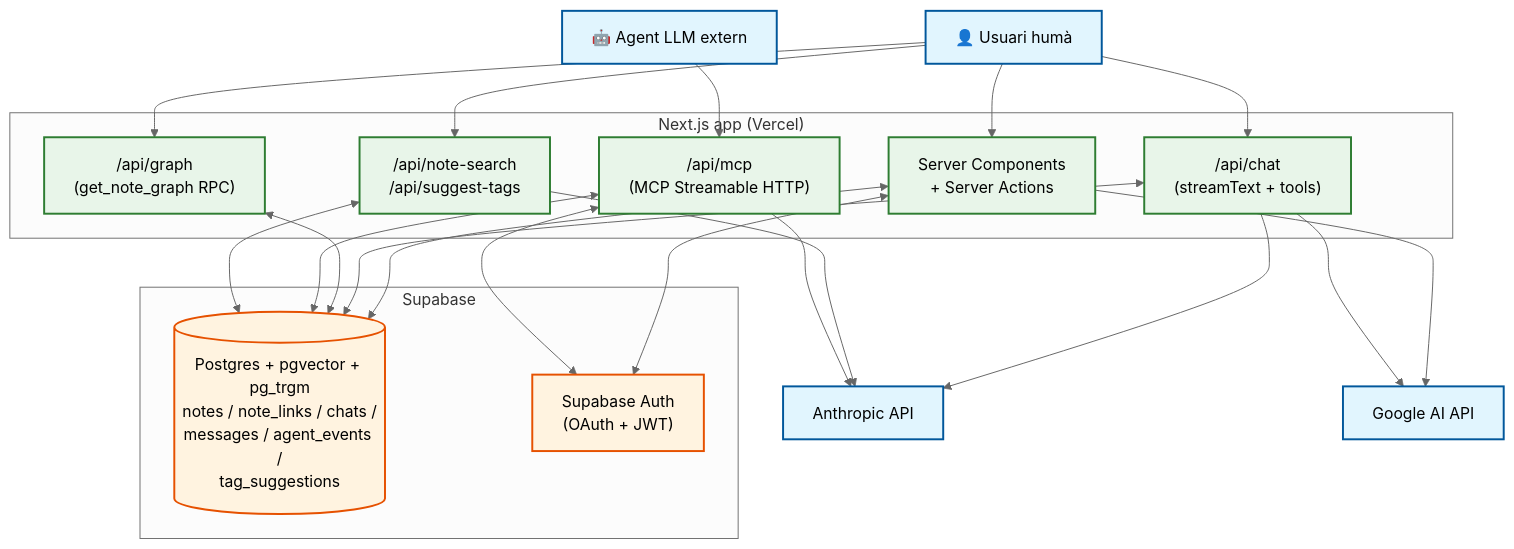
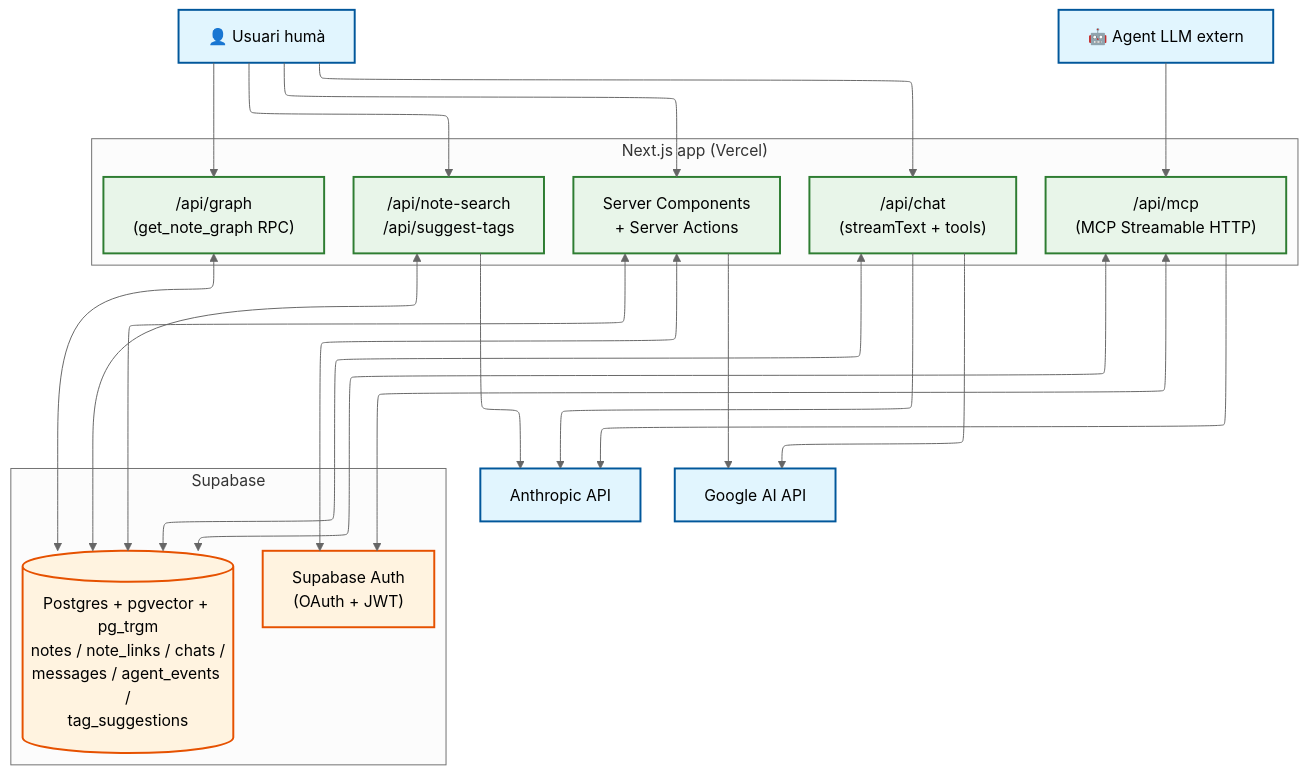
The diagram in tfg/figures/c4-containers.mmd (sergi-izquierdo/synapse-notes), drawn with Mermaid before and after one commit. The commit also changed 9 other files, not shown here.

First line of the commit message:
docs(tfg): bulk figure placement fix + 3 security diagrams

```diff
--- a/tfg/figures/c4-containers.mmd
+++ b/tfg/figures/c4-containers.mmd
@@ -1,48 +1,53 @@
-%%{init: {'theme': 'neutral'}}%%
+---
+config:
+  theme: neutral
+  layout: elk
+  look: classic
+---
 flowchart TB
     user["👤 Usuari humà"]
     extagent["🤖 Agent LLM extern"]
 
     subgraph nextjs["Next.js app (Vercel)"]
         rsc["Server Components<br/>+ Server Actions"]
         chatapi["/api/chat<br/>(streamText + tools)"]
         graphapi["/api/graph<br/>(get_note_graph RPC)"]
         mcpapi["/api/mcp<br/>(MCP Streamable HTTP)"]
         searchapi["/api/note-search<br/>/api/suggest-tags"]
     end
 
     subgraph supabase["Supabase"]
         pg[("Postgres + pgvector + pg_trgm<br/>notes / note_links / chats /<br/>messages / agent_events /<br/>tag_suggestions")]
         sbauth["Supabase Auth<br/>(OAuth + JWT)"]
     end
 
     anthropic["Anthropic API"]
     google["Google AI API"]
 
     user --> rsc
     user --> chatapi
     user --> graphapi
     user --> searchapi
     extagent --> mcpapi
 
     rsc <--> pg
     chatapi <--> pg
     graphapi <--> pg
     mcpapi <--> pg
     searchapi <--> pg
 
     rsc <--> sbauth
     mcpapi <--> sbauth
 
     chatapi --> anthropic
     searchapi --> anthropic
     mcpapi --> anthropic
     rsc --> google
     chatapi --> google
 
     classDef container fill:#e8f5e9,stroke:#2e7d32,stroke-width:2px;
     classDef datastore fill:#fff3e0,stroke:#e65100,stroke-width:2px;
     classDef external fill:#e1f5fe,stroke:#01579b,stroke-width:2px;
     class rsc,chatapi,graphapi,mcpapi,searchapi container;
     class pg,sbauth datastore;
     class user,extagent,anthropic,google external;
```
